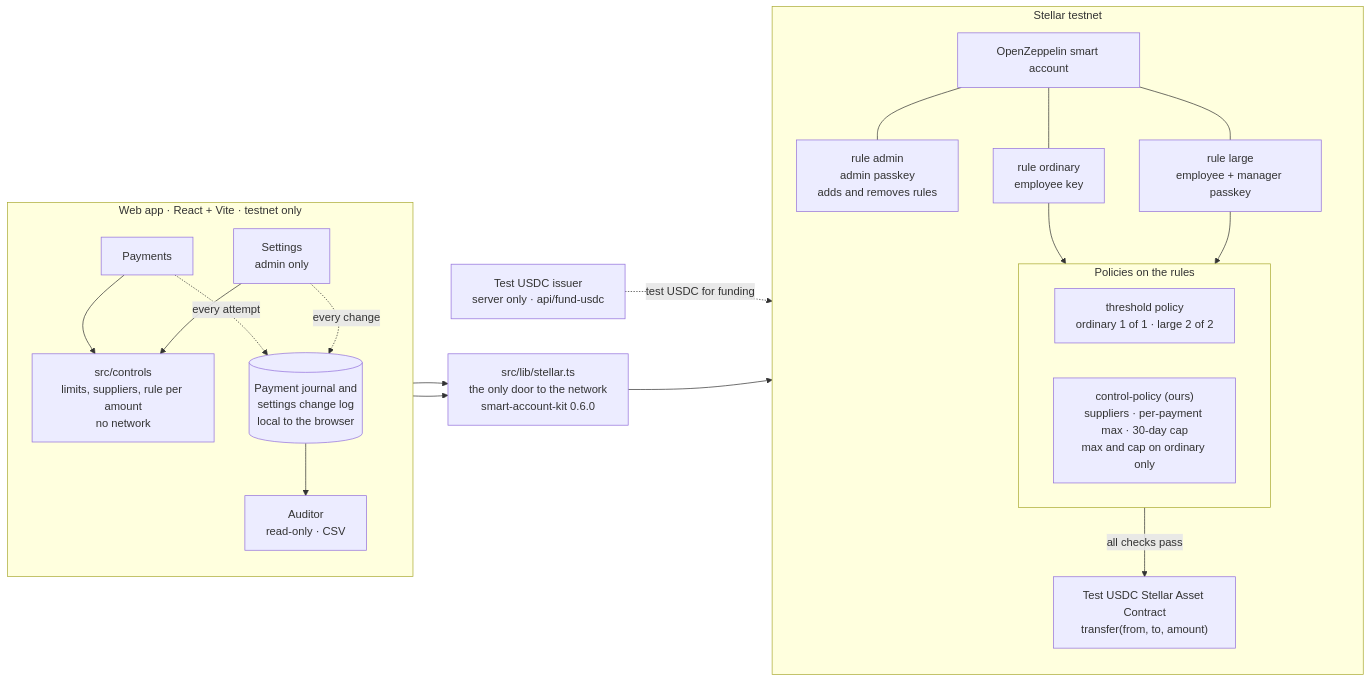
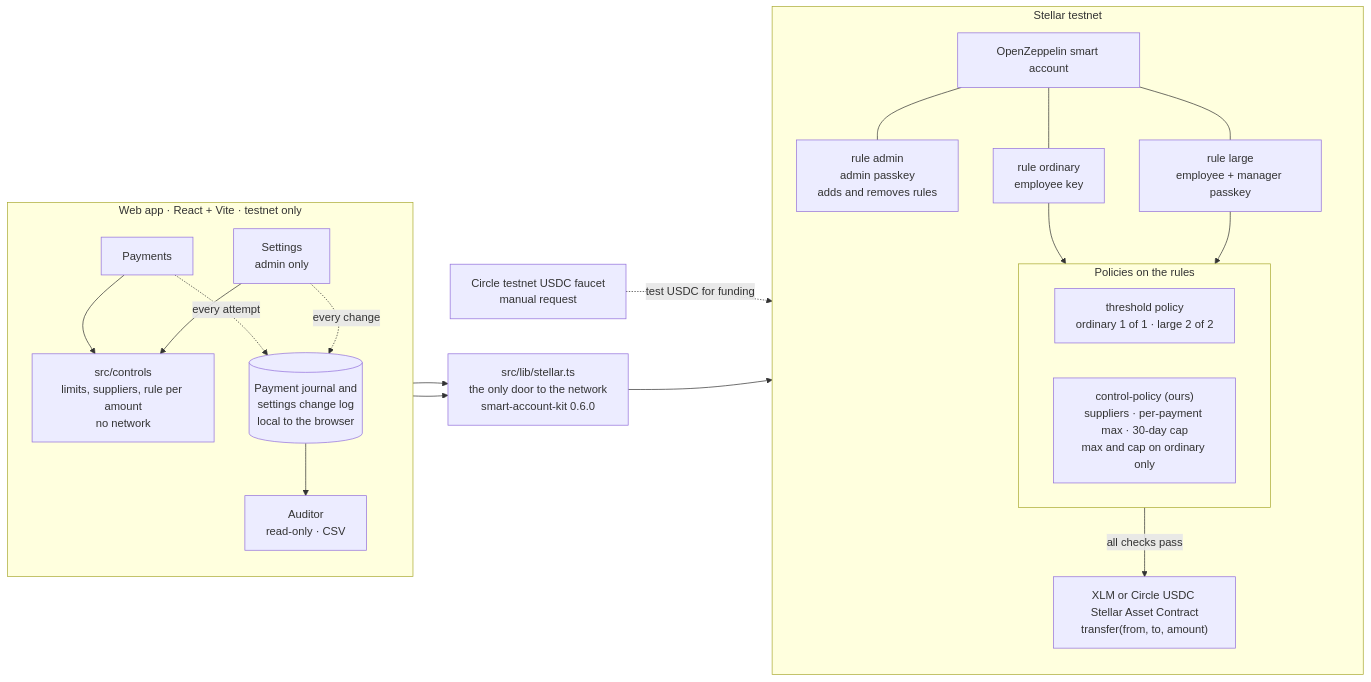
The diagram in README.md (Dabuca/arqueo), drawn with Mermaid before and after one commit. The commit also changed other lines of this file and 43 other files, not shown here.

Commit message:
feat(R18): add Circle USDC testnet payments

````diff
--- a/README.md
+++ b/README.md
@@ -35,44 +34,44 @@
 ```mermaid
 flowchart LR
-    Issuer["Test USDC issuer<br/>server only · api/fund-usdc"]
+    Faucet["Circle testnet USDC faucet<br/>manual request"]
 
     subgraph App["Web app · React + Vite · testnet only"]
         direction TB
         Pay["Payments"]
         Set["Settings<br/>admin only"]
         Ctl["src/controls<br/>limits, suppliers, rule per amount<br/>no network"]
         Logs[("Payment journal and<br/>settings change log<br/>local to the browser")]
         Aud["Auditor<br/>read-only · CSV"]
     end
 
     Stellar["src/lib/stellar.ts<br/>the only door to the network<br/>smart-account-kit 0.6.0"]
 
     subgraph Chain["Stellar testnet"]
         direction TB
         Account["OpenZeppelin smart account"]
         Admin["rule admin<br/>admin passkey<br/>adds and removes rules"]
         Ord["rule ordinary<br/>employee key"]
         Large["rule large<br/>employee + manager passkey"]
         subgraph Pol["Policies on the rules"]
             Thr["threshold policy<br/>ordinary 1 of 1 · large 2 of 2"]
             CP["control-policy (ours)<br/>suppliers · per-payment max · 30-day cap<br/>max and cap on ordinary only"]
         end
-        SAC["Test USDC Stellar Asset Contract<br/>transfer(from, to, amount)"]
+        SAC["XLM or Circle USDC Stellar Asset Contract<br/>transfer(from, to, amount)"]
         Account --- Admin
         Account --- Ord
         Account --- Large
         Ord --> Pol
         Large --> Pol
         Pol -->|"all checks pass"| SAC
     end
 
-    Issuer -.->|"test USDC for funding"| Account
+    Faucet -.->|"test USDC for funding"| Account
     Pay --> Ctl
     Set --> Ctl
     Pay -.->|"every attempt"| Logs
     Set -.->|"every change"| Logs
     Logs --> Aud
     Pay --> Stellar
     Set --> Stellar
     Stellar --> Account
 ```
````
